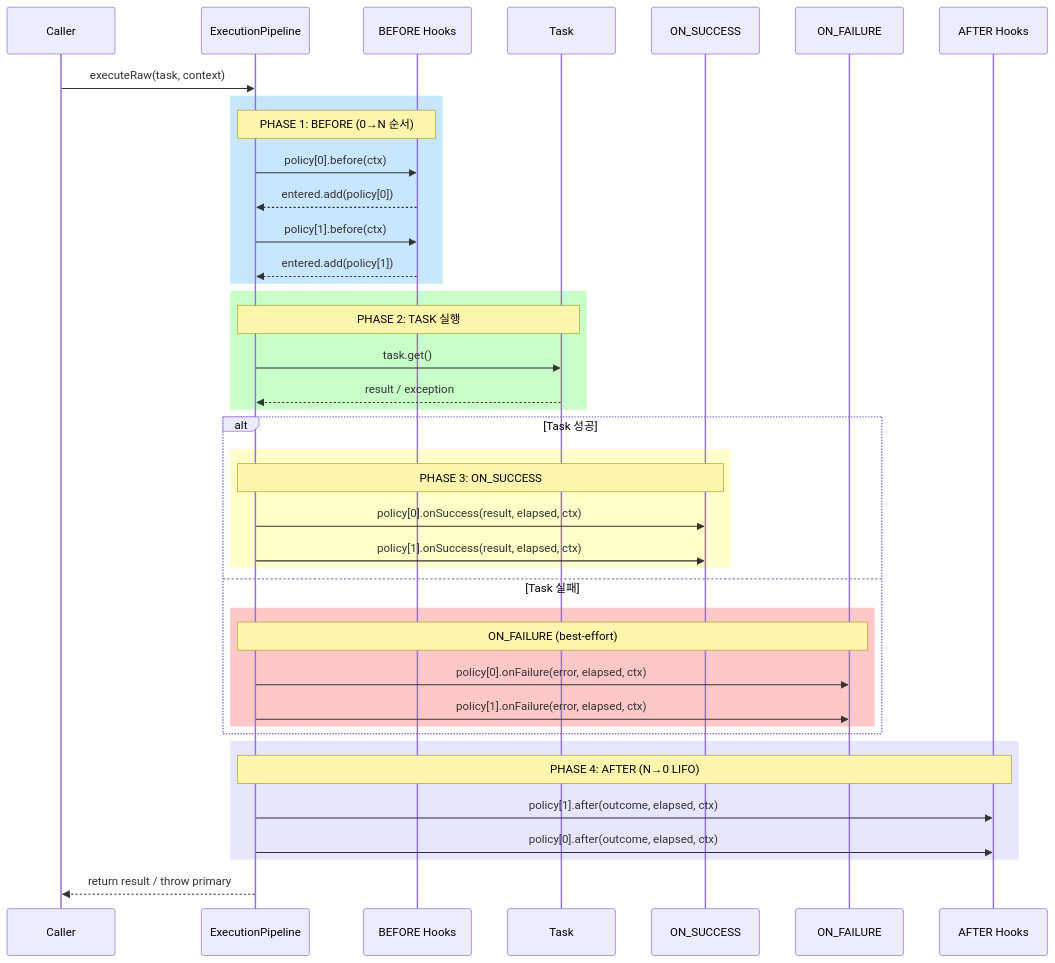
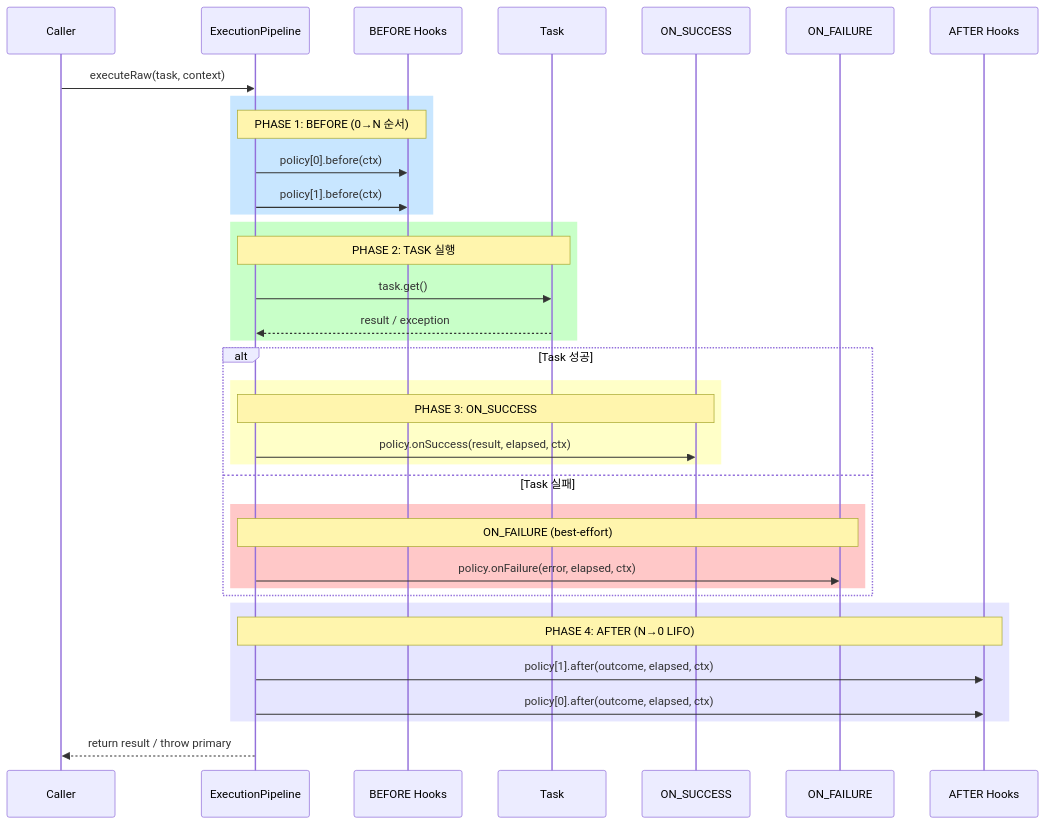
The first of 7 diagrams in docs/PORTFOLIO.md (zbnerd/MapleExpectation), drawn with Mermaid before and after one commit. The commit also changed other lines of this file and 2 other files, not shown here.

````diff
--- a/docs/PORTFOLIO.md
+++ b/docs/PORTFOLIO.md
@@ -123,48 +72,44 @@
 ```mermaid
 sequenceDiagram
     participant C as Caller
     participant P as ExecutionPipeline
     participant B as BEFORE Hooks
     participant T as Task
     participant S as ON_SUCCESS
     participant F as ON_FAILURE
     participant A as AFTER Hooks
 
     C->>P: executeRaw(task, context)
 
     rect rgb(200, 230, 255)
         Note over P,B: PHASE 1: BEFORE (0→N 순서)
         P->>B: policy[0].before(ctx)
-        B-->>P: entered.add(policy[0])
         P->>B: policy[1].before(ctx)
-        B-->>P: entered.add(policy[1])
     end
 
     rect rgb(200, 255, 200)
         Note over P,T: PHASE 2: TASK 실행
         P->>T: task.get()
         T-->>P: result / exception
     end
 
     alt Task 성공
         rect rgb(255, 255, 200)
             Note over P,S: PHASE 3: ON_SUCCESS
-            P->>S: policy[0].onSuccess(result, elapsed, ctx)
-            P->>S: policy[1].onSuccess(result, elapsed, ctx)
+            P->>S: policy.onSuccess(result, elapsed, ctx)
         end
     else Task 실패
         rect rgb(255, 200, 200)
             Note over P,F: ON_FAILURE (best-effort)
-            P->>F: policy[0].onFailure(error, elapsed, ctx)
-            P->>F: policy[1].onFailure(error, elapsed, ctx)
+            P->>F: policy.onFailure(error, elapsed, ctx)
         end
     end
 
     rect rgb(230, 230, 255)
         Note over P,A: PHASE 4: AFTER (N→0 LIFO)
         P->>A: policy[1].after(outcome, elapsed, ctx)
         P->>A: policy[0].after(outcome, elapsed, ctx)
     end
 
     P-->>C: return result / throw primary
 ```
````
